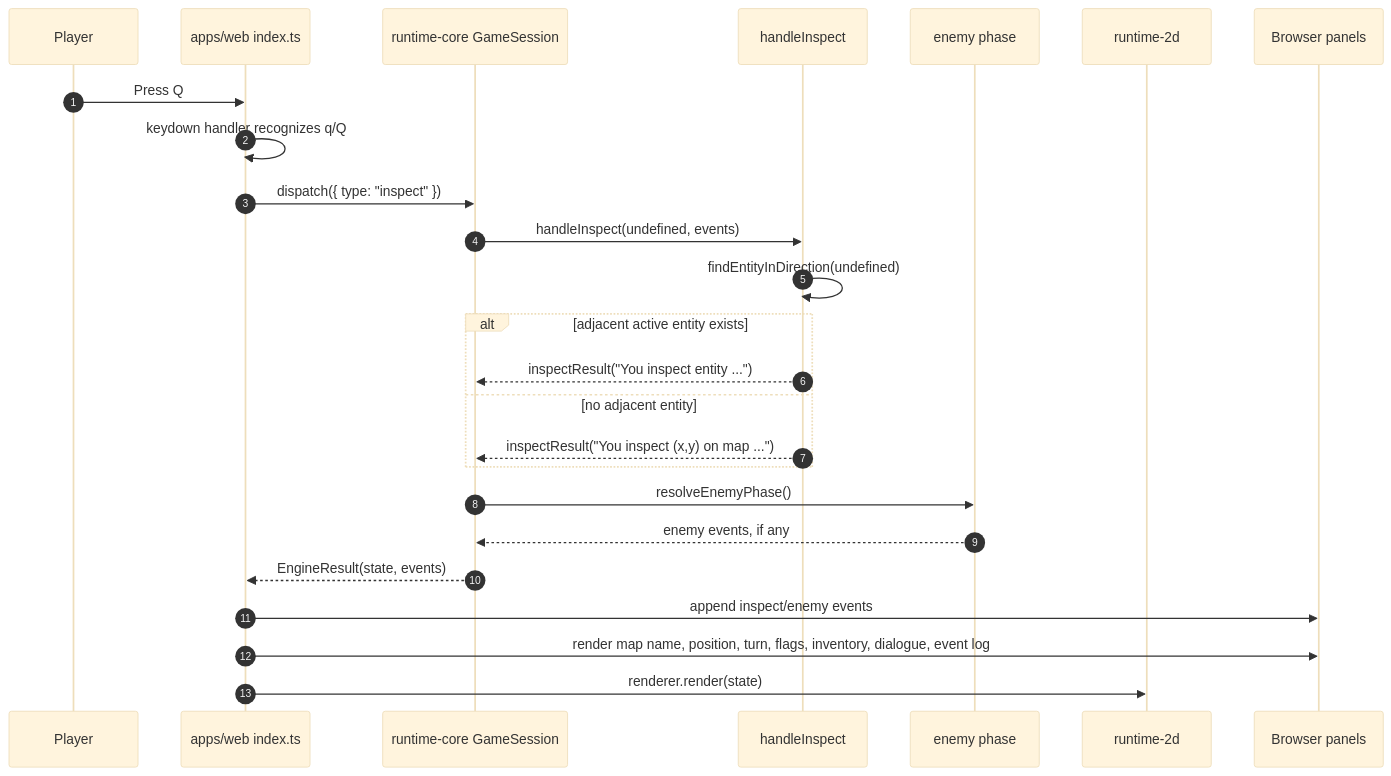
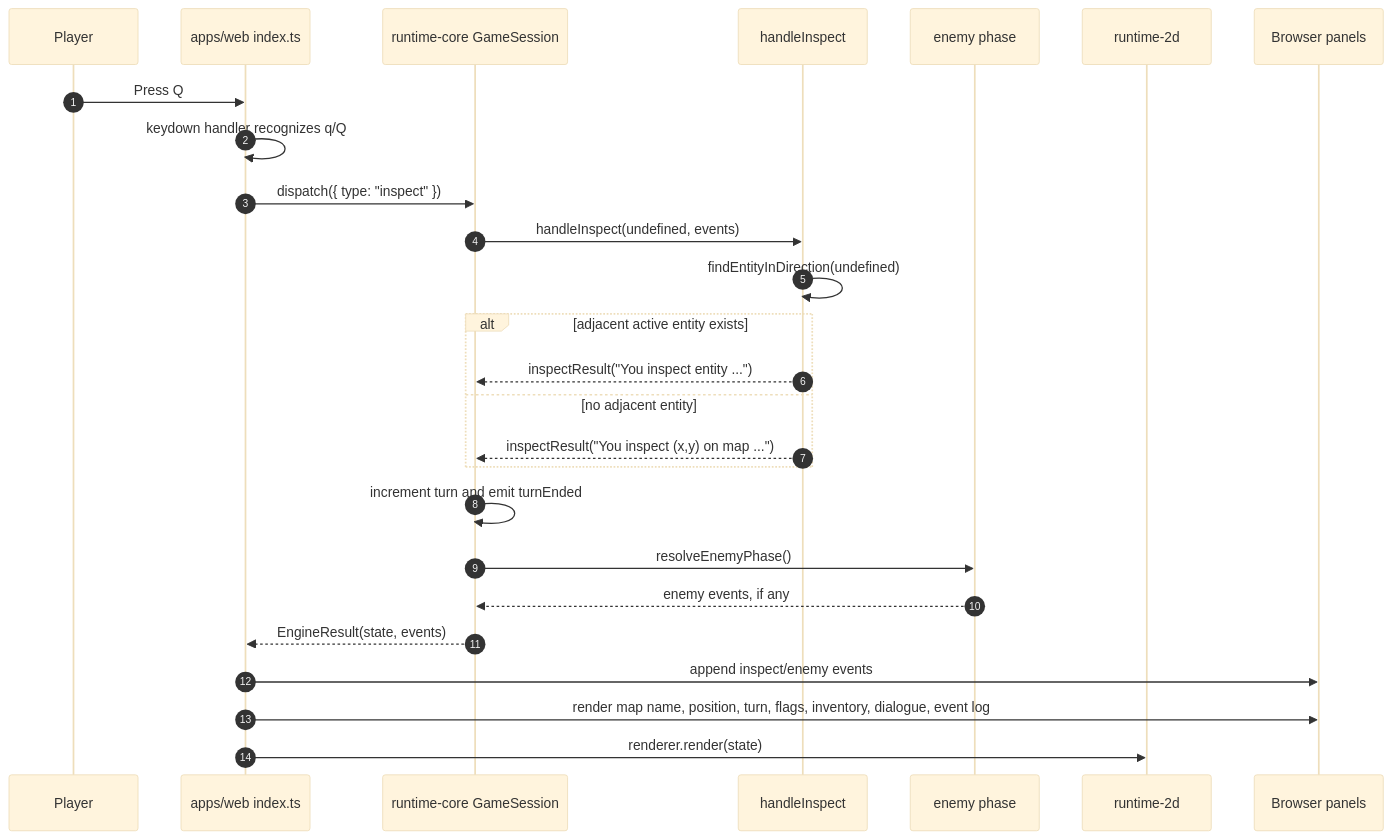
Before and after one commit to ianohlander/ACS: the fifth of 16 diagrams in docs/system-reference.md, drawn with Mermaid (base theme). The commit also changed other lines of this file and 12 other files, not shown here.

````diff
--- a/docs/system-reference.md
+++ b/docs/system-reference.md
@@ -197,28 +198,29 @@
 ```mermaid
 sequenceDiagram
     autonumber
     participant User as Player
     participant Browser as apps/web index.ts
     participant Session as runtime-core GameSession
     participant Inspect as handleInspect
     participant Enemy as enemy phase
     participant Renderer as runtime-2d
     participant DOM as Browser panels
 
     User->>Browser: Press Q
     Browser->>Browser: keydown handler recognizes q/Q
     Browser->>Session: dispatch({ type: "inspect" })
     Session->>Inspect: handleInspect(undefined, events)
     Inspect->>Inspect: findEntityInDirection(undefined)
     alt adjacent active entity exists
         Inspect-->>Session: inspectResult("You inspect entity ...")
     else no adjacent entity
         Inspect-->>Session: inspectResult("You inspect (x,y) on map ...")
     end
+    Session->>Session: increment turn and emit turnEnded
     Session->>Enemy: resolveEnemyPhase()
     Enemy-->>Session: enemy events, if any
     Session-->>Browser: EngineResult(state, events)
     Browser->>DOM: append inspect/enemy events
     Browser->>DOM: render map name, position, turn, flags, inventory, dialogue, event log
     Browser->>Renderer: renderer.render(state)
 ```
````
